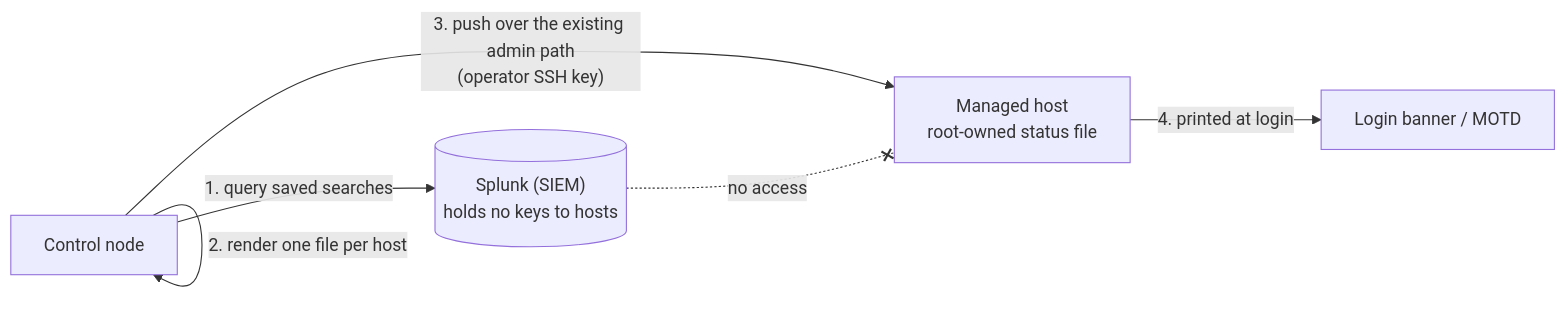
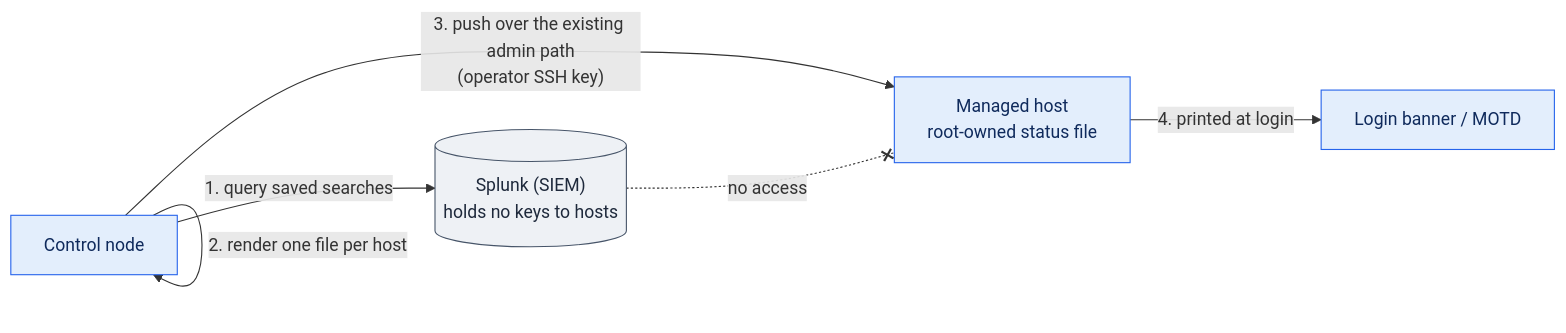
Before and after one commit to dotnetdork/Labyrinth: the diagram in docs/design/06-Status-Feed-and-MOTD.md, drawn with Mermaid. The commit also changed other lines of this file and 12 other files, not shown here.

````diff
--- a/docs/design/06-Status-Feed-and-MOTD.md
+++ b/docs/design/06-Status-Feed-and-MOTD.md
@@ -20,12 +20,16 @@
 ```mermaid
 flowchart LR
     SPL[("Splunk (SIEM)<br/>holds no keys to hosts")]
     CN["Control node"]
     H1["Managed host<br/>root-owned status file"]
     BAN["Login banner / MOTD"]
     CN -->|"1. query saved searches"| SPL
     CN -->|"2. render one file per host"| CN
     CN -->|"3. push over the existing admin path<br/>(operator SSH key)"| H1
     H1 -->|"4. printed at login"| BAN
     SPL -.-x|"no access"| H1
+    classDef store fill:#eef1f5,stroke:#475569,color:#1e293b
+    classDef observe fill:#e3eefc,stroke:#2563eb,color:#0f2a5c
+    class SPL store
+    class CN,H1,BAN observe
 ```
````
